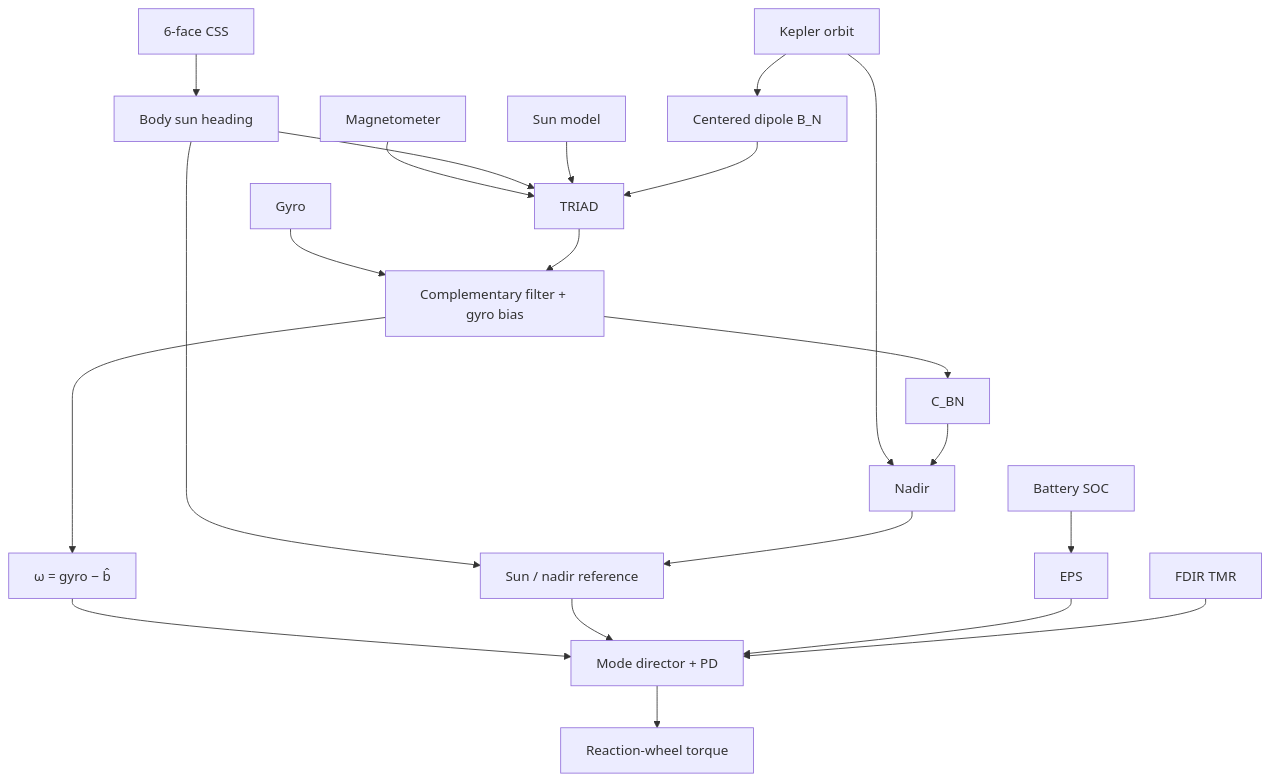
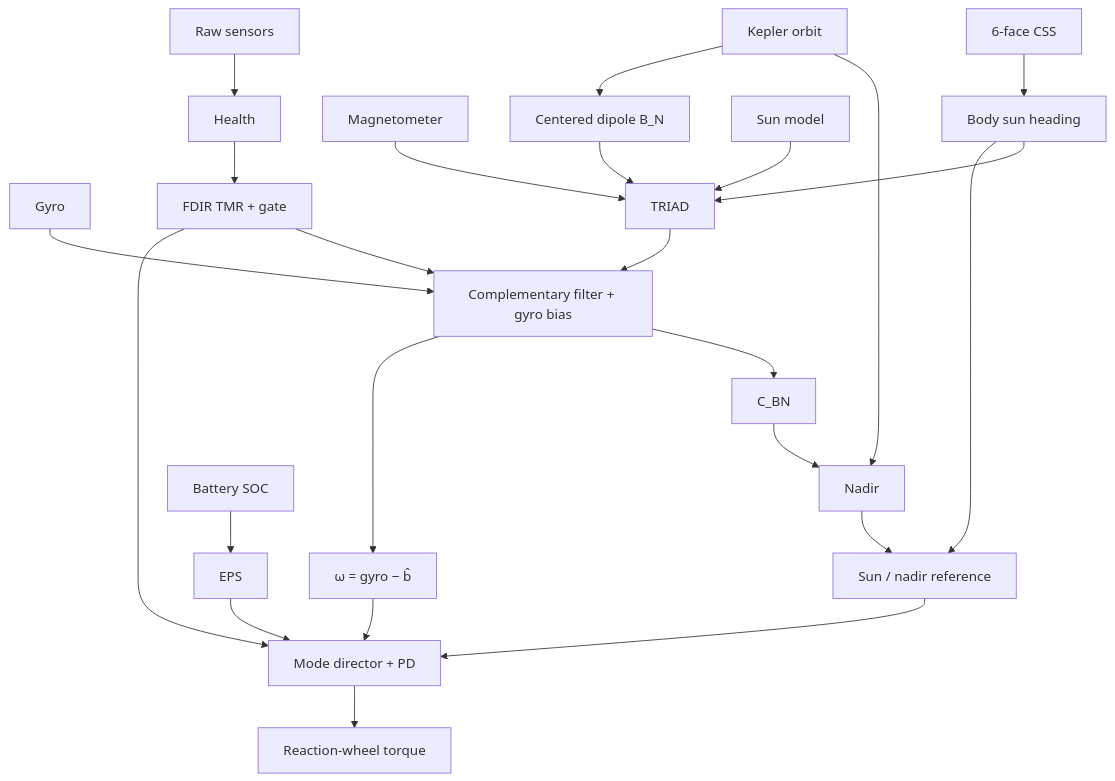
The second of 3 diagrams in README.md (niquimi/adcs-flight-software), drawn with Mermaid before and after one commit. The commit also changed other lines of this file and 5 other files, not shown here.

Commit message:
Add Health FDIR ctests and document the sensor gate and TM bits

````diff
--- a/README.md
+++ b/README.md
@@ -50,23 +53,26 @@
 ```mermaid
 flowchart TB
     CSS[6-face CSS] --> CssWls[Body sun heading]
     Gyro[Gyro] --> Filter
     Mag[Magnetometer] --> TRIAD
     CssWls --> TRIAD
     Kepler[Kepler orbit] --> Nadir
     Kepler --> Dipole[Centered dipole B_N]
     SunN[Sun model] --> TRIAD
     Dipole --> TRIAD
     TRIAD --> Filter[Complementary filter + gyro bias]
     Filter --> CBN[C_BN]
     CBN --> Nadir
     Filter --> Omega["ω = gyro − b̂"]
     CssWls --> Ref[Sun / nadir reference]
     Nadir --> Ref
     Omega --> Modes[Mode director + PD]
     Ref --> Modes
     SOC[Battery SOC] --> EPS[EPS]
     EPS --> Modes
-    FDIR[FDIR TMR] --> Modes
+    Raw[Raw sensors] --> Health[Health]
+    Health --> FDIR[FDIR TMR + gate]
+    FDIR --> Filter
+    FDIR --> Modes
     Modes --> RW[Reaction-wheel torque]
 ```
````
